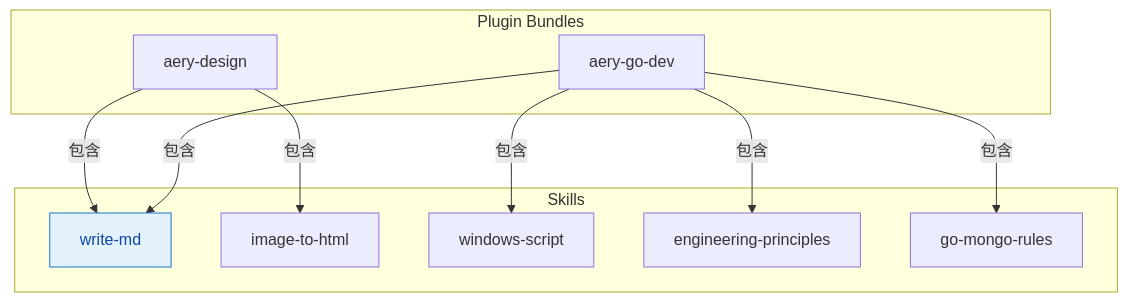
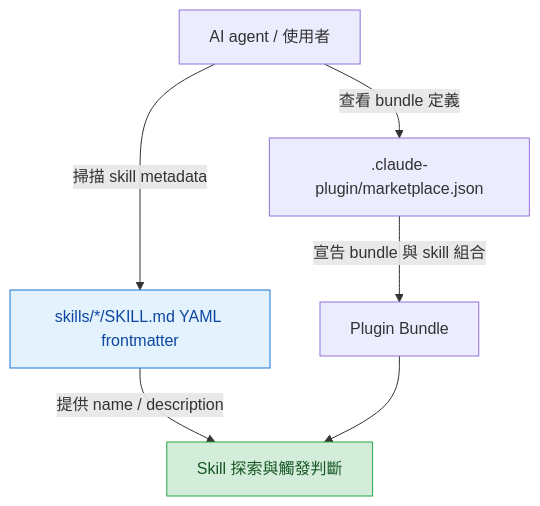
Before and after one commit to Aery9527/aery-marketplace: the diagram in README.md, drawn with Mermaid. The commit also changed other lines of this file and 1 other file, not shown here.

Commit message:
docs: define frontmatter-based skill discovery

````diff
--- a/README.md
+++ b/README.md
@@ -15,24 +16,11 @@
 ```mermaid
 flowchart TD
-    subgraph Bundles["Plugin Bundles"]
-        B1["aery-design"]
-        B2["aery-go-dev"]
-    end
+    Agent["AI agent / 使用者"] -->|查看 bundle 定義| Marketplace[".claude-plugin/marketplace.json"]
+    Agent -->|掃描 skill metadata| Frontmatter["skills/*/SKILL.md YAML frontmatter"]
+    Marketplace -->|宣告 bundle 與 skill 組合| Bundle["Plugin Bundle"]
+    Frontmatter -->|提供 name / description| Discovery["Skill 探索與觸發判斷"]
+    Bundle --> Discovery
 
-    subgraph Skills["Skills"]
-        S1["write-md"]
-        S2["image-to-html"]
-        S3["windows-script"]
-        S4["engineering-principles"]
-        S5["go-mongo-rules"]
-    end
-
-    B1 -->|包含| S1
-    B1 -->|包含| S2
-    B2 -->|包含| S1
-    B2 -->|包含| S3
-    B2 -->|包含| S4
-    B2 -->|包含| S5
-
-    style S1 fill:#e3f2fd,stroke:#1976d2,color:#0d47a1
+    style Frontmatter fill:#e3f2fd,stroke:#1976d2,color:#0d47a1
+    style Discovery fill:#d4edda,stroke:#28a745,color:#155724
 ```
````
